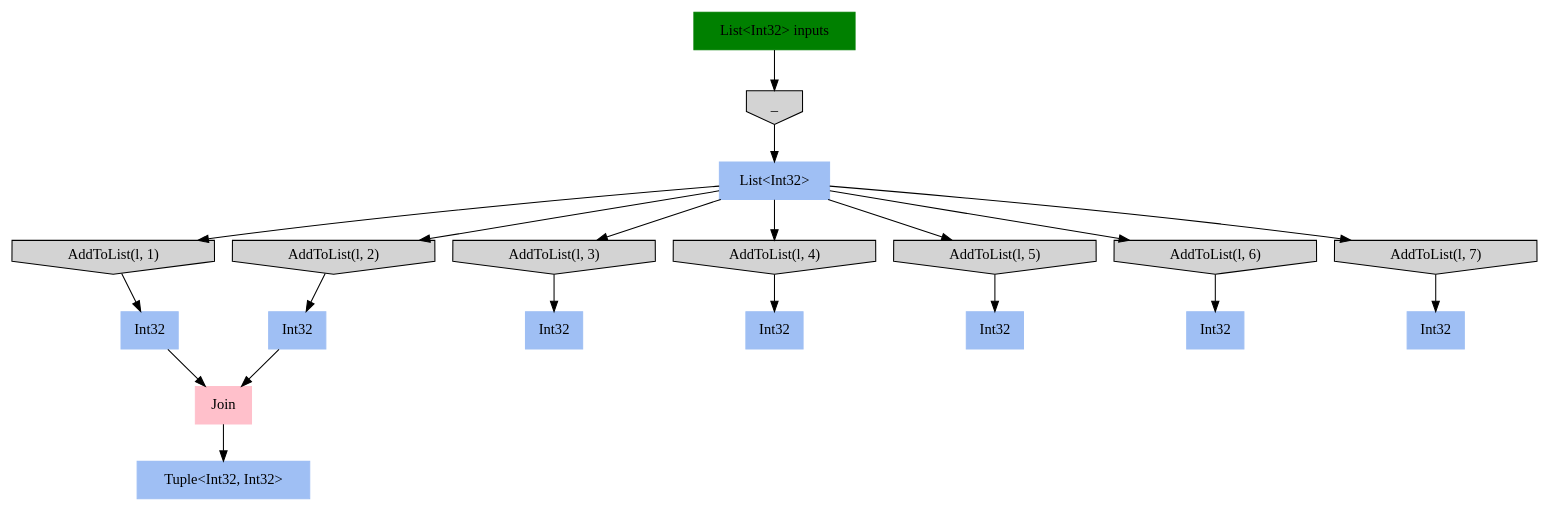
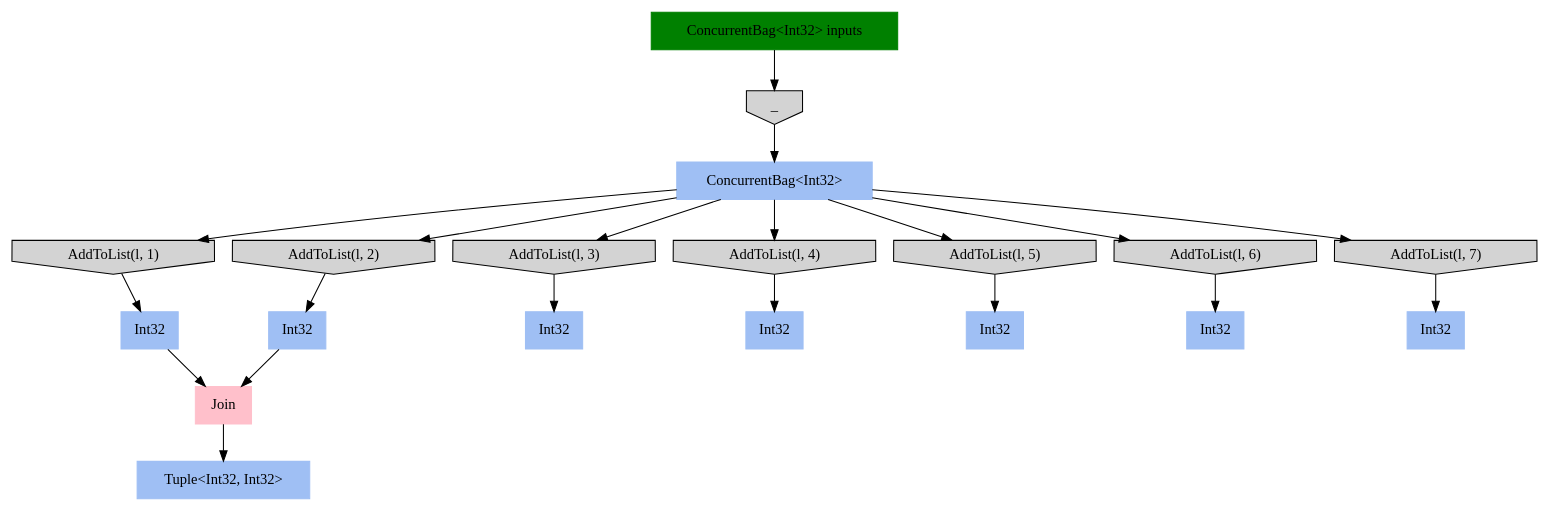
One commit to refactoring-pipelines/Pipelines changed the diagram in Refactoring.Pipelines.Test/_approvals/AsyncTest.ParallelRuns.approved.dot. Above: the diagram before and after it, drawn with Graphviz. The commit also changed 1 other file, not shown here.

```diff
--- a/Refactoring.Pipelines.Test/_approvals/AsyncTest.ParallelRuns.approved.dot
+++ b/Refactoring.Pipelines.Test/_approvals/AsyncTest.ParallelRuns.approved.dot
@@ -1,38 +1,38 @@
 digraph G { node [style=filled, shape=rec]
 
 # Nodes
-"List<Int32> inputs" -> "_" -> "List<Int32>"
-"List<Int32>" -> "AddToList(l, 1)" -> "Int32"
+"ConcurrentBag<Int32> inputs" -> "_" -> "ConcurrentBag<Int32>"
+"ConcurrentBag<Int32>" -> "AddToList(l, 1)" -> "Int32"
 {"Int32", "Int32 1"} -> "Join" -> "Tuple<Int32, Int32>"
-"List<Int32>" -> "AddToList(l, 2)" -> "Int32 1"
-"List<Int32>" -> "AddToList(l, 3)" -> "Int32 2"
-"List<Int32>" -> "AddToList(l, 4)" -> "Int32 3"
-"List<Int32>" -> "AddToList(l, 5)" -> "Int32 4"
-"List<Int32>" -> "AddToList(l, 6)" -> "Int32 5"
-"List<Int32>" -> "AddToList(l, 7)" -> "Int32 6"
+"ConcurrentBag<Int32>" -> "AddToList(l, 2)" -> "Int32 1"
+"ConcurrentBag<Int32>" -> "AddToList(l, 3)" -> "Int32 2"
+"ConcurrentBag<Int32>" -> "AddToList(l, 4)" -> "Int32 3"
+"ConcurrentBag<Int32>" -> "AddToList(l, 5)" -> "Int32 4"
+"ConcurrentBag<Int32>" -> "AddToList(l, 6)" -> "Int32 5"
+"ConcurrentBag<Int32>" -> "AddToList(l, 7)" -> "Int32 6"
 
 
 # Formatting
-"List<Int32> inputs" [color=green]
-"List<Int32>" [color="#9fbff4"]
+"ConcurrentBag<Int32> inputs" [color=green]
+"ConcurrentBag<Int32>" [color="#9fbff4"]
 "_" [shape=invhouse]
 "Int32" [color="#9fbff4"]
 "AddToList(l, 1)" [shape=invhouse]
 "Tuple<Int32, Int32>" [color="#9fbff4"]
 "Join" [color=pink]
 "Int32 1" [label="Int32", color="#9fbff4"]
 "AddToList(l, 2)" [shape=invhouse]
 "Int32 2" [label="Int32", color="#9fbff4"]
 "AddToList(l, 3)" [shape=invhouse]
 "Int32 3" [label="Int32", color="#9fbff4"]
 "AddToList(l, 4)" [shape=invhouse]
 "Int32 4" [label="Int32", color="#9fbff4"]
 "AddToList(l, 5)" [shape=invhouse]
 "Int32 5" [label="Int32", color="#9fbff4"]
 "AddToList(l, 6)" [shape=invhouse]
 "Int32 6" [label="Int32", color="#9fbff4"]
 "AddToList(l, 7)" [shape=invhouse]
 
 
 
 }
```
